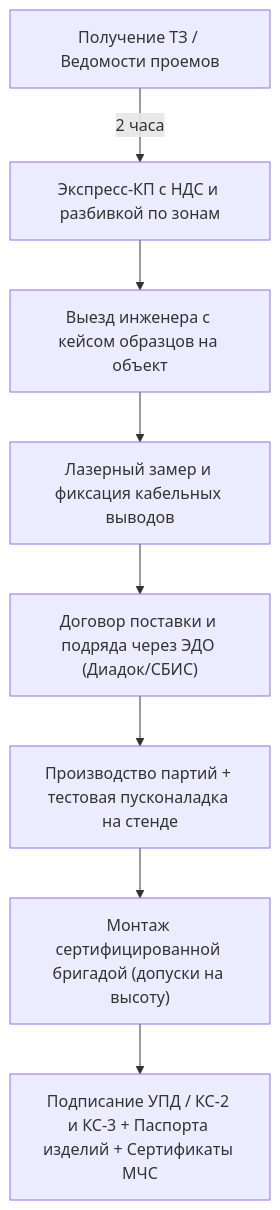
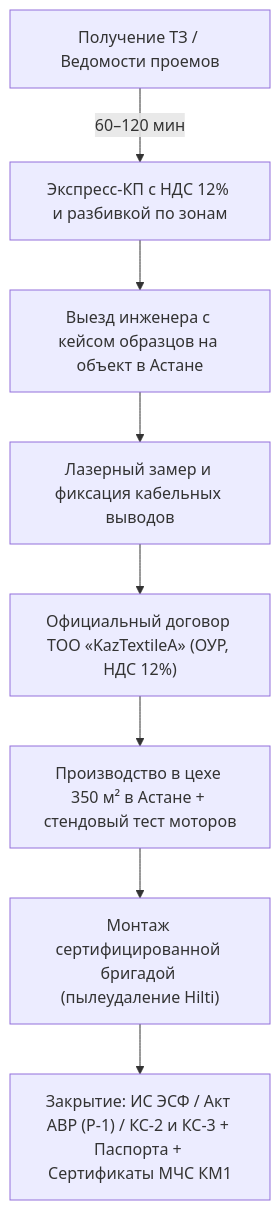
Before and after one commit to vitaliy-demidov/mare-presentation: the diagram in B2B_COMMERCIAL_ARCHITECTURE.md, drawn with Mermaid. The commit also changed other lines of this file and 82 other files, not shown here.

````diff
--- a/B2B_COMMERCIAL_ARCHITECTURE.md
+++ b/B2B_COMMERCIAL_ARCHITECTURE.md
@@ -72,10 +73,10 @@
 ```mermaid
 flowchart TD
-    A["Получение ТЗ / Ведомости проемов"] -->|2 часа| B["Экспресс-КП с НДС и разбивкой по зонам"]
-    B --> C["Выезд инженера с кейсом образцов на объект"]
+    A["Получение ТЗ / Ведомости проемов"] -->|60–120 мин| B["Экспресс-КП с НДС 12% и разбивкой по зонам"]
+    B --> C["Выезд инженера с кейсом образцов на объект в Астане"]
     C --> D["Лазерный замер и фиксация кабельных выводов"]
-    D --> E["Договор поставки и подряда через ЭДО (Диадок/СБИС)"]
-    E --> F["Производство партий + тестовая пусконаладка на стенде"]
-    F --> G["Монтаж сертифицированной бригадой (допуски на высоту)"]
-    G --> H["Подписание УПД / КС-2 и КС-3 + Паспорта изделий + Сертификаты МЧС"]
+    D --> E["Официальный договор ТОО «KazTextileА» (ОУР, НДС 12%)"]
+    E --> F["Производство в цехе 350 м² в Астане + стендовый тест моторов"]
+    F --> G["Монтаж сертифицированной бригадой (пылеудаление Hilti)"]
+    G --> H["Закрытие: ИС ЭСФ / Акт АВР (Р-1) / КС-2 и КС-3 + Паспорта + Сертификаты МЧС КМ1"]
 ```
````
